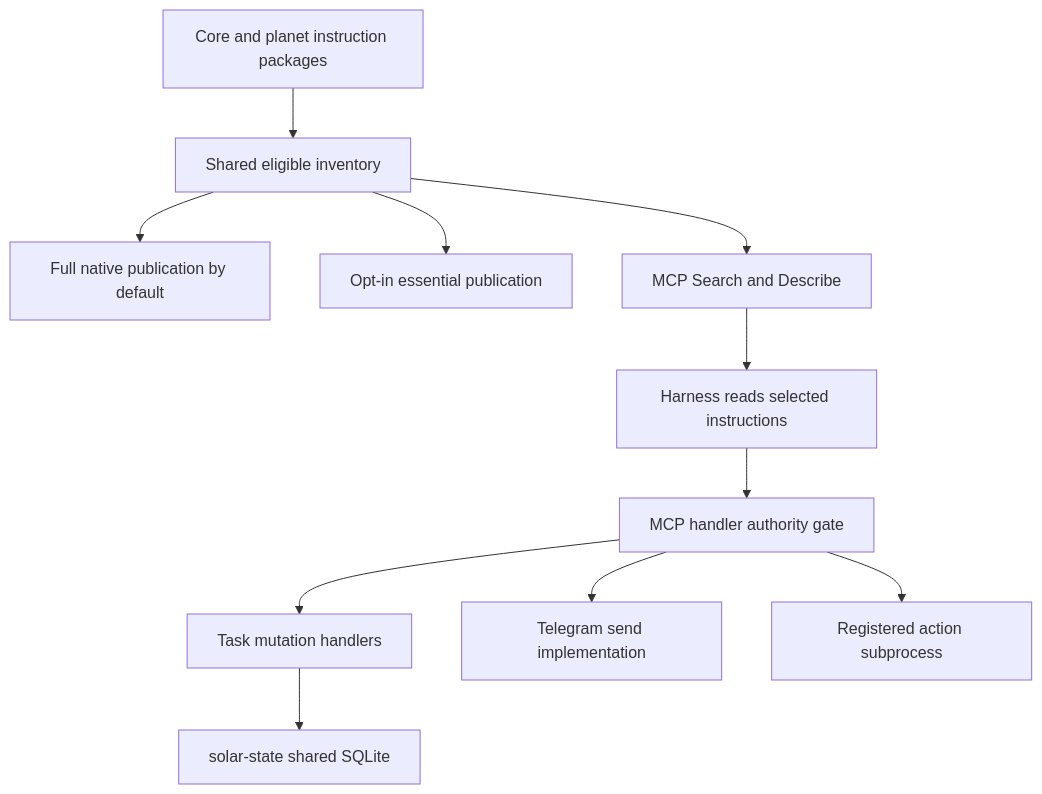
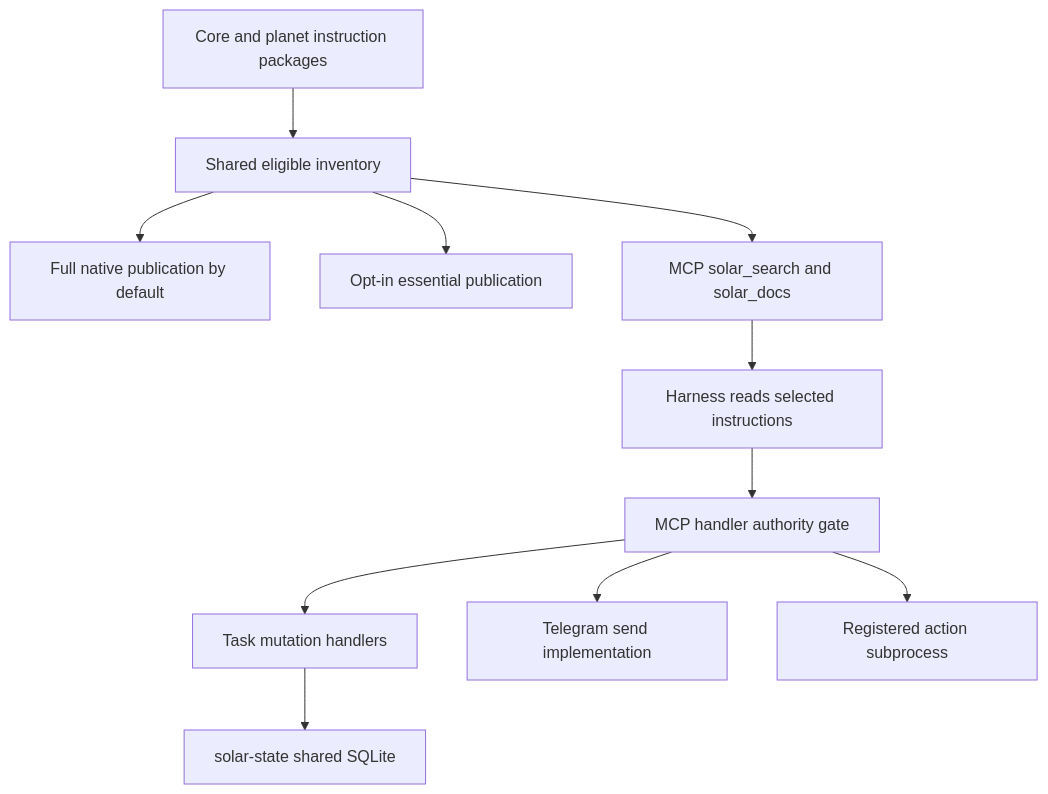
The diagram in core/docs/capability-discovery-design.md (Uhorizon-AI/Solar), drawn with Mermaid before and after one commit. The commit also changed other lines of this file and 46 other files, not shown here.

````diff
--- a/core/docs/capability-discovery-design.md
+++ b/core/docs/capability-discovery-design.md
@@ -29,13 +29,13 @@
 ```mermaid
 flowchart TD
     Sources[Core and planet instruction packages] --> Inventory[Shared eligible inventory]
     Inventory --> Native[Full native publication by default]
     Inventory --> Reduced[Opt-in essential publication]
-    Inventory --> Discovery[MCP Search and Describe]
+    Inventory --> Discovery[MCP solar_search and solar_docs]
     Discovery --> Harness[Harness reads selected instructions]
     Harness --> Gate[MCP handler authority gate]
     Gate --> Tasks[Task mutation handlers]
     Tasks --> State[solar-state shared SQLite]
     Gate --> Telegram[Telegram send implementation]
     Gate --> Actions[Registered action subprocess]
 ```
````
